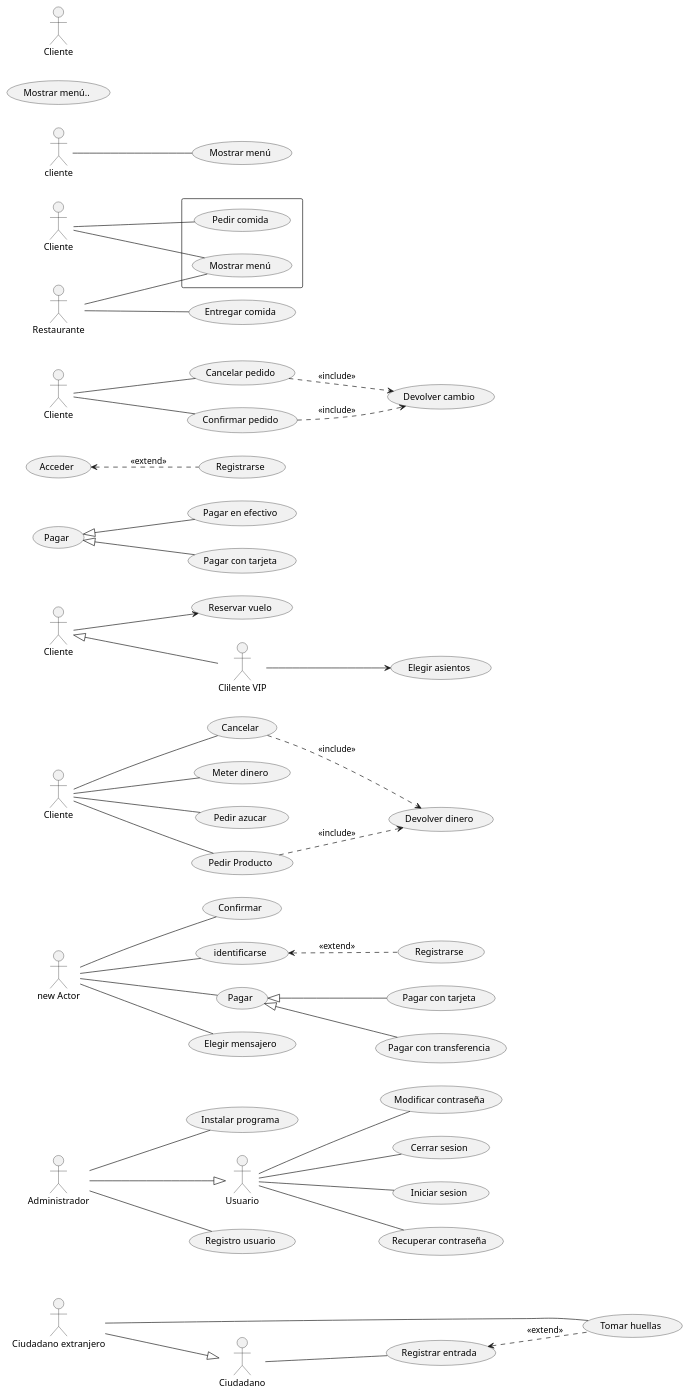
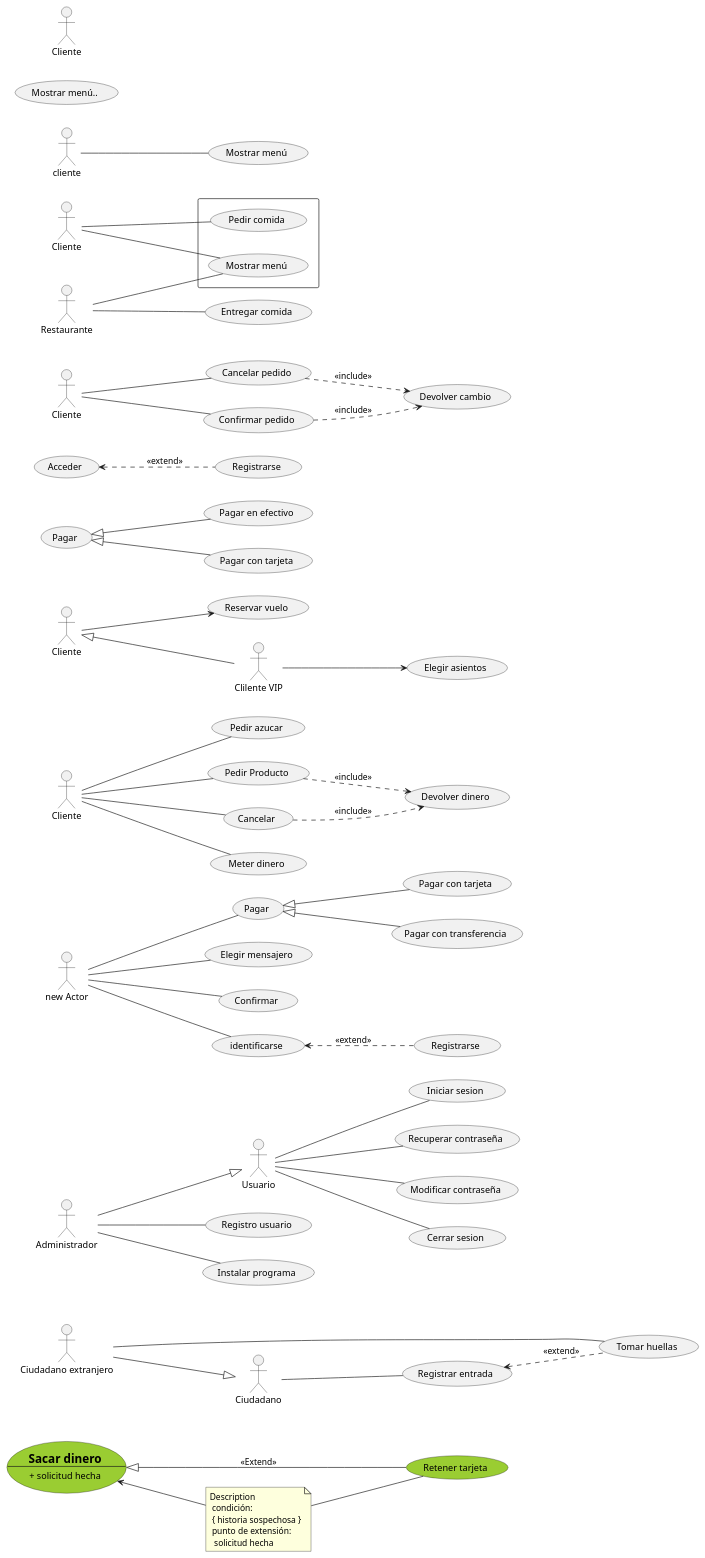
Before and after one commit to JuanmaEDE/UML_casos_de_uso: the diagram in UML_casos_de_uso.puml, drawn with PlantUML.

Commit message:
Realizado Puntos de extensión

```diff
--- a/UML_casos_de_uso.puml
+++ b/UML_casos_de_uso.puml
@@ -1,105 +1,114 @@
 @startuml
+usecase sacd #YellowGreen as "=Sacar dinero
+            --
+            + solicitud hecha"
+usecase "Retener tarjeta" as umt #YellowGreen
+umt --|> sacd : <<Extend>>
+note "Description\n condición:\n { historia sospechosa }\n punto de extensión:\n  solicitud hecha" as nota
+sacd <-- nota
+nota -- umt
+
 
 "Ciudadano" as ciu
 usecase "Tomar huellas" as tom
 usecase "Registrar entrada" as regen
 ciu -- regen
 regen <.. tom : <<extend>>
 "Ciudadano extranjero" as extra
 extra -- tom
 extra --|> ciu
 
 "Usuario" as usuar
 :Administrador: as Admin
 usecase "Iniciar sesion" as inise
 usecase "Recuperar contraseña" as reccontra
 usecase "Modificar contraseña" as modcontr
 usecase "Cerrar sesion" as cerra
 usecase "Registro usuario" as reusua
 usecase "Instalar programa" as insp
 usuar -- inise
 usuar -- reccontra
 usuar -- modcontr
 usuar -- cerra
 Admin -- reusua
 Admin -- insp
 Admin --|> usuar
 
 actor "new Actor" as nA
 usecase "identificarse" as identifi
 usecase "Pagar" as Paga
 usecase "Elegir mensajero" as Em
 usecase "Confirmar" as Con
 usecase "Pagar con tarjeta" as Pgt
 usecase "Registrarse" as Regis
 usecase "Pagar con transferencia" as Ptra
 nA -- identifi
 nA -- Paga
 nA -- Em
 nA -- Con
 identifi <.. Regis : <<extend>>
 Paga <|-- Pgt
 Paga <|-- Ptra
 
 
 actor "Cliente" as clped
 usecase "Meter dinero" as Md
 usecase "Pedir azucar" as az
 usecase "Pedir Producto" as pp
 usecase "Cancelar" as cancel
 usecase "Devolver dinero" as Devd
 clped -- Md
 clped -- az
 clped -- pp
 clped -- cancel
 pp ..> Devd : <<include>>
 cancel ..> Devd : <<include>>
 
 
 actor "Cliente" as clvu
 actor "Clilente VIP" as vip
 clvu <|-- vip
 usecase "Reservar vuelo" as rv
 usecase "Elegir asientos" as asie
 vip --> asie
 clvu --> rv
 
 usecase "Pagar" as pag
 usecase "Pagar con tarjeta" as pagt
 usecase "Pagar en efectivo" as pagoe
  pag <|-- pagt
 pag <|-- pagoe
 
 usecase "Acceder" as acc
 usecase "Registrarse" as reg
 (acc) <.. (reg) : <<extend>>
 
 
 left to right direction
 actor "Cliente" as cl1
 usecase "Confirmar pedido" as cp
 usecase "Cancelar pedido" as cap
 usecase "Devolver cambio" as dc
 cl1 -- cp
 cl1 -- cap
 (cp) ..> (dc) : <<include>>
 (cap) ..> (dc) : <<include>>
 
 left to right direction
 actor "Cliente" as cl
 actor "Restaurante" as re
 rectangle  {
   usecase "Mostrar menú" as UC1
   usecase "Pedir comida" as UC2
 
 }
 usecase "Entregar comida" as UC3
 cl -- UC1
 cl -- UC2
 re -- UC3
 re -- UC1
 
  :cliente: -- (Mostrar menú)
  Usecase uc1 as "Mostrar menú.."
 actor "Cliente" as ctl
 @enduml
```
